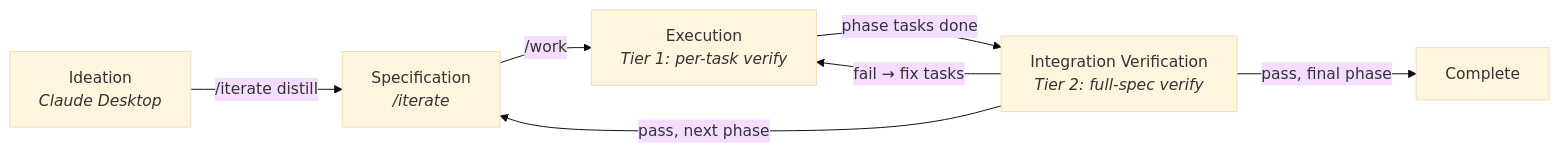
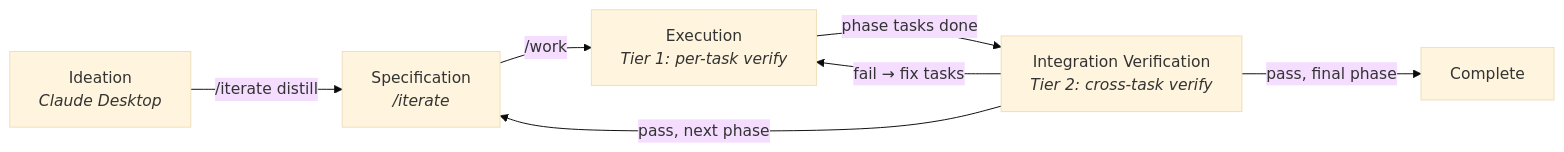
The diagram in .claude/support/reference/system-overview.md (erikemilsson/claude_code_environment), drawn with Mermaid (base theme) before and after one commit. The commit also changed other lines of this file and 1 other file, not shown here.

First line of the commit message:
Fix Tier 2 scope language for per-phase verification and add research-agent decision flow

````diff
--- a/.claude/support/reference/system-overview.md
+++ b/.claude/support/reference/system-overview.md
@@ -17,9 +17,9 @@
 ```mermaid
 graph LR
     A["Ideation<br><i>Claude Desktop</i>"] -->|/iterate distill| B["Specification<br><i>/iterate</i>"]
     B -->|/work| C["Execution<br><i>Tier 1: per-task verify</i>"]
-    C -->|phase tasks done| D["Integration Verification<br><i>Tier 2: full-spec verify</i>"]
+    C -->|phase tasks done| D["Integration Verification<br><i>Tier 2: cross-task verify</i>"]
     D -->|fail → fix tasks| C
     D -->|pass, next phase| B
     D -->|pass, final phase| E[Complete]
 ```
````
